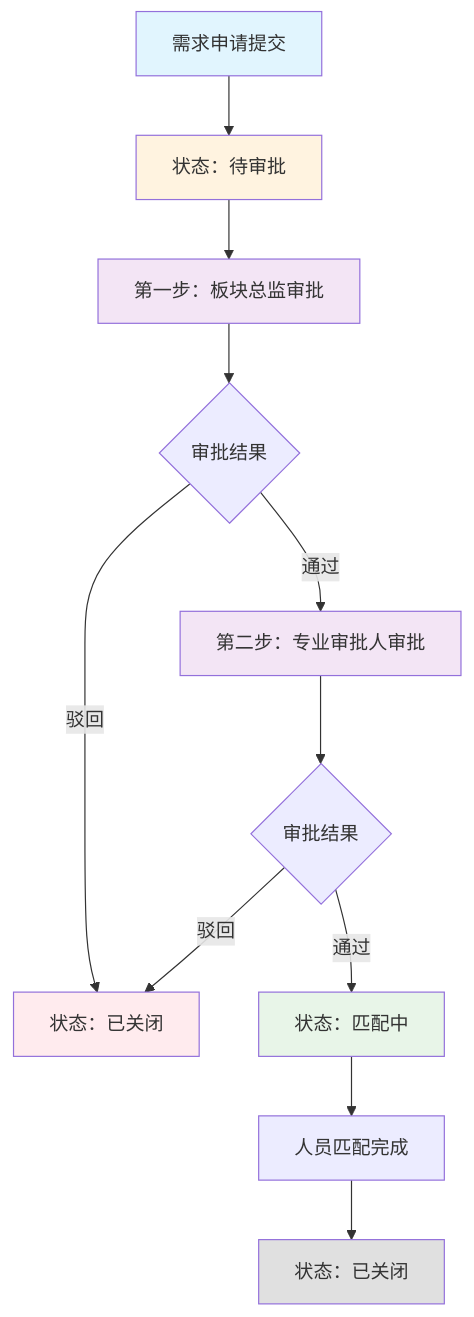
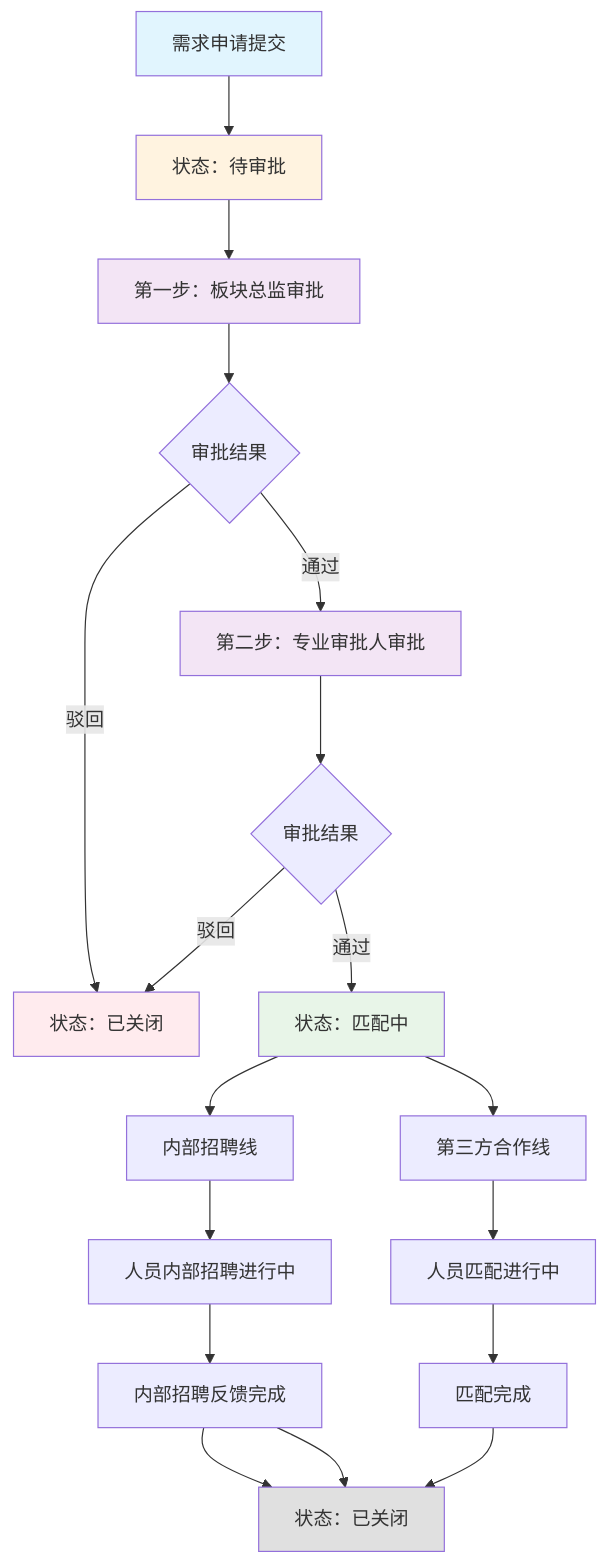
Before and after one commit to marcelxu0272/NewEngineeringPlatform: the third of 12 diagrams in public/key-project-requirements/readme/PROJECT_REQUIREMENTS.md, drawn with Mermaid. The commit also changed other lines of this file and 3 other files, not shown here.

````diff
--- a/public/key-project-requirements/readme/PROJECT_REQUIREMENTS.md
+++ b/public/key-project-requirements/readme/PROJECT_REQUIREMENTS.md
@@ -296,21 +303,28 @@
 ```mermaid
 graph TD
     A["需求申请提交"] --> B["状态：待审批"]
     B --> C["第一步：板块总监审批"]
     C --> D{审批结果}
     D -->|通过| E["第二步：专业审批人审批"]
     D -->|驳回| F["状态：已关闭"]
     E --> G{审批结果}
     G -->|通过| H["状态：匹配中"]
     G -->|驳回| F
-    H --> I["人员匹配完成"]
-    I --> J["状态：已关闭"]
+    H --> H1["内部招聘线"]
+    H --> H2["第三方合作线"]
+    H1 --> I1["人员内部招聘进行中"]
+    I1 --> I1a["内部招聘反馈完成"]
+    I1a --> J
+    H2 --> I2["人员匹配进行中"]
+    I2 --> I2a["匹配完成"]
+    I1a --> J["状态：已关闭"]
+    I2a --> J
     
     style A fill:#e1f5fe
     style B fill:#fff3e0
     style C fill:#f3e5f5
     style E fill:#f3e5f5
     style H fill:#e8f5e8
     style F fill:#ffebee
     style J fill:#e0e0e0
 ```
````
